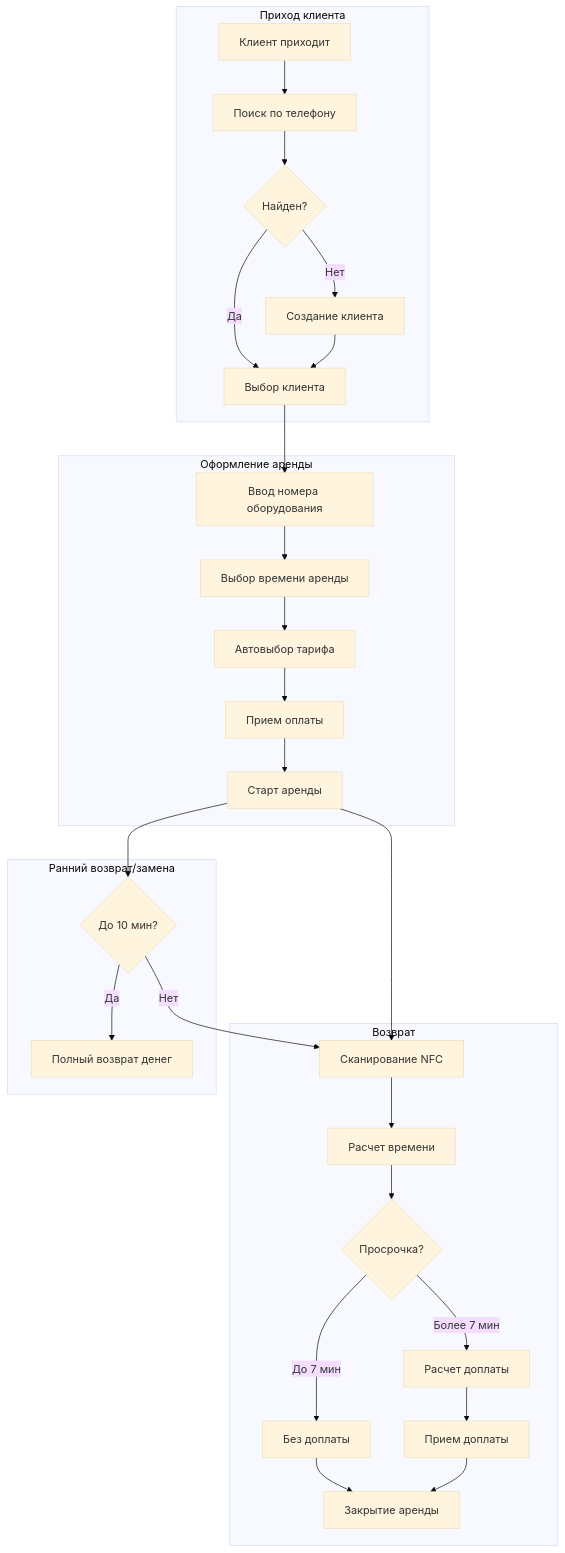
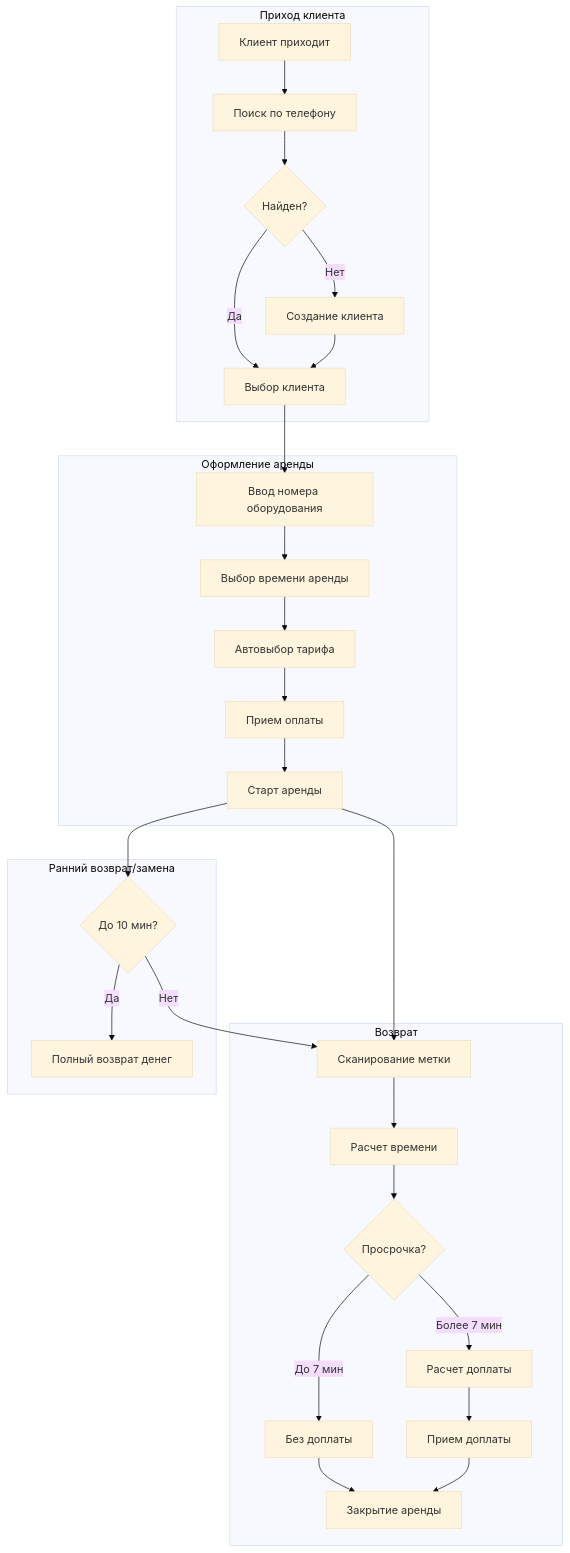
The diagram in docs/functional-and-non-functional-requirements.md (JenkaBY/bike-rental), drawn with Mermaid (base theme) before and after one commit. The commit also changed 137 other files, not shown here.

````diff
--- a/docs/functional-and-non-functional-requirements.md
+++ b/docs/functional-and-non-functional-requirements.md
@@ -1206,35 +1206,35 @@
 ```mermaid
 flowchart TD
     subgraph CustomerArrival [Приход клиента]
         A[Клиент приходит] --> B[Поиск по телефону]
         B --> C{Найден?}
         C -->|Да| D[Выбор клиента]
         C -->|Нет| E[Создание клиента]
         E --> D
     end
     
     subgraph RentalProcess [Оформление аренды]
         D --> F[Ввод номера оборудования]
         F --> T[Выбор времени аренды]
         T --> G[Автовыбор тарифа]
         G --> H[Прием оплаты]
         H --> I[Старт аренды]
     end
     
     subgraph ReturnProcess [Возврат]
-        I --> J[Сканирование NFC]
+        I --> J[Сканирование метки]
         J --> K[Расчет времени]
         K --> L{Просрочка?}
         L -->|До 7 мин| M[Без доплаты]
         L -->|Более 7 мин| N[Расчет доплаты]
         M --> O[Закрытие аренды]
         N --> P[Прием доплаты]
         P --> O
     end
     
     subgraph EarlyReturn [Ранний возврат/замена]
         I --> Q{До 10 мин?}
         Q -->|Да| R[Полный возврат денег]
         Q -->|Нет| J
     end
 ```
````
